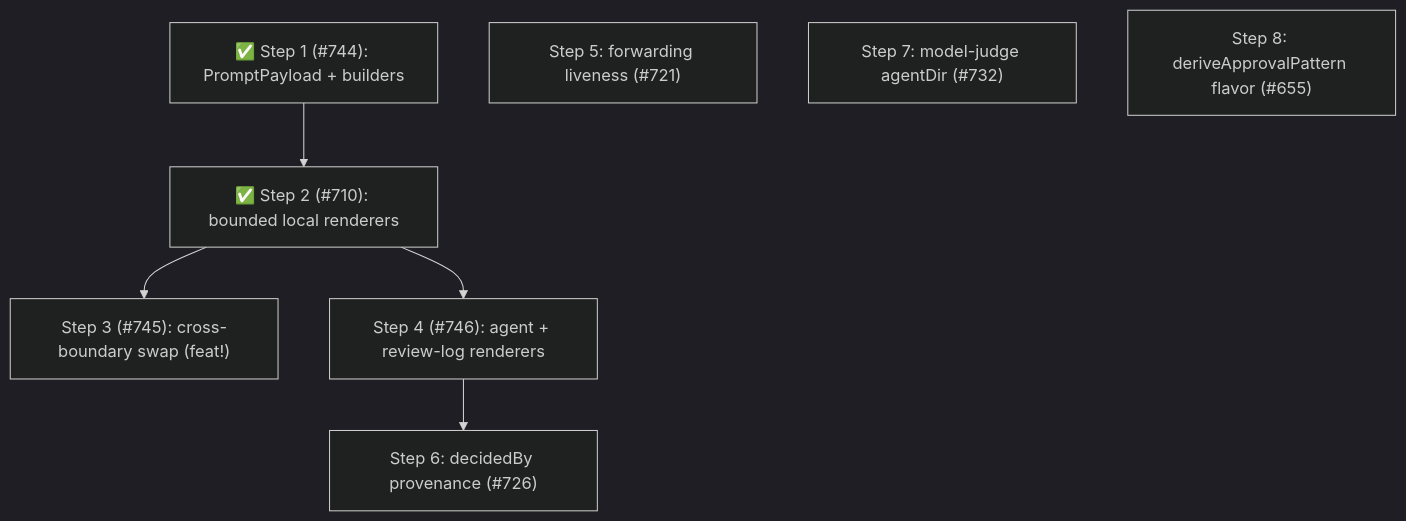
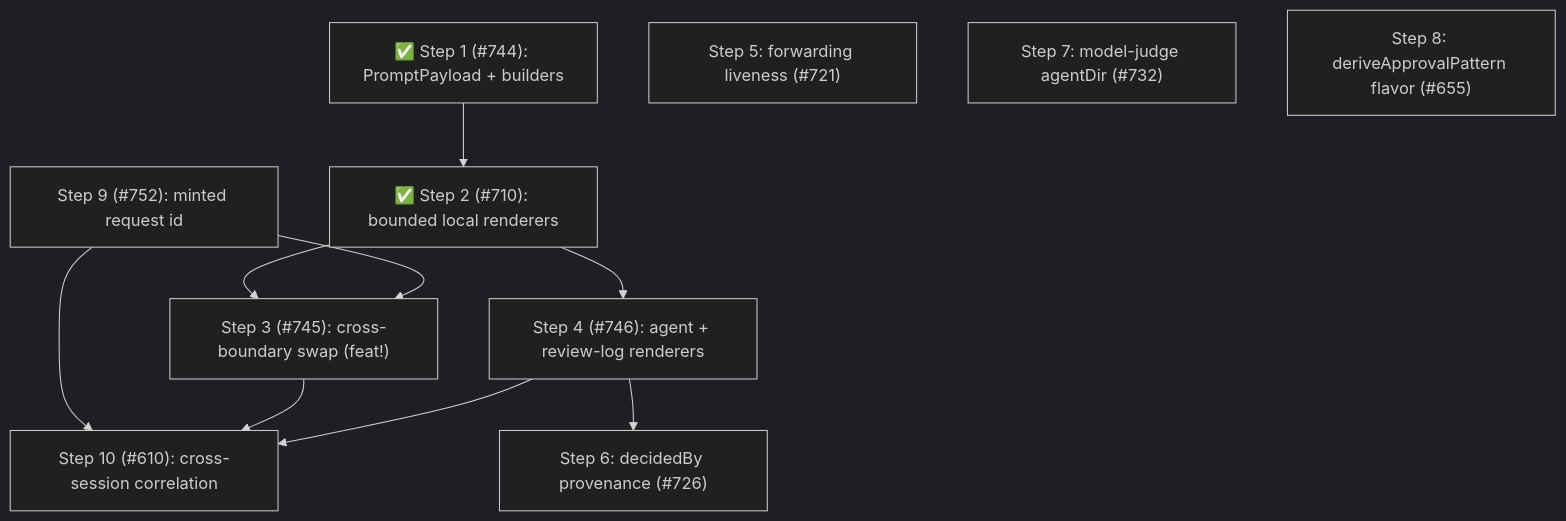
The fourth of 4 diagrams in packages/pi-permission-system/docs/architecture/architecture.md (coderdkai/pi-packages), drawn with Mermaid (dark theme) before and after one commit. The commit also changed other lines of this file and 2 other files, not shown here.

First line of the commit message:
docs(pi-permission-system): add request-identity steps 9 and 10 to phase 13

````diff
--- a/packages/pi-permission-system/docs/architecture/architecture.md
+++ b/packages/pi-permission-system/docs/architecture/architecture.md
@@ -1047,10 +1083,14 @@
 ```mermaid
 flowchart TD
     S1["✅ Step 1 (#744): PromptPayload + builders"] --> S2["✅ Step 2 (#710): bounded local renderers"]
     S2 --> S3["Step 3 (#745): cross-boundary swap (feat!)"]
     S2 --> S4["Step 4 (#746): agent + review-log renderers"]
     S4 --> S6["Step 6: decidedBy provenance (#726)"]
+    S9["Step 9 (#752): minted request id"] --> S3
+    S9 --> S10["Step 10 (#610): cross-session correlation"]
+    S3 --> S10
+    S4 --> S10
     S5["Step 5: forwarding liveness (#721)"]
     S7["Step 7: model-judge agentDir (#732)"]
     S8["Step 8: deriveApprovalPattern flavor (#655)"]
 ```
````
